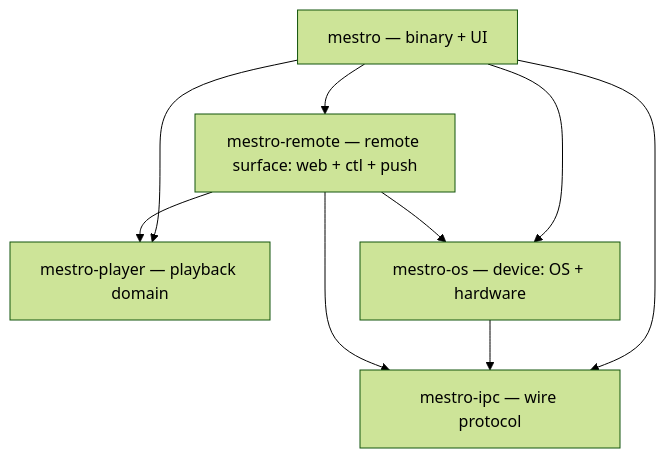
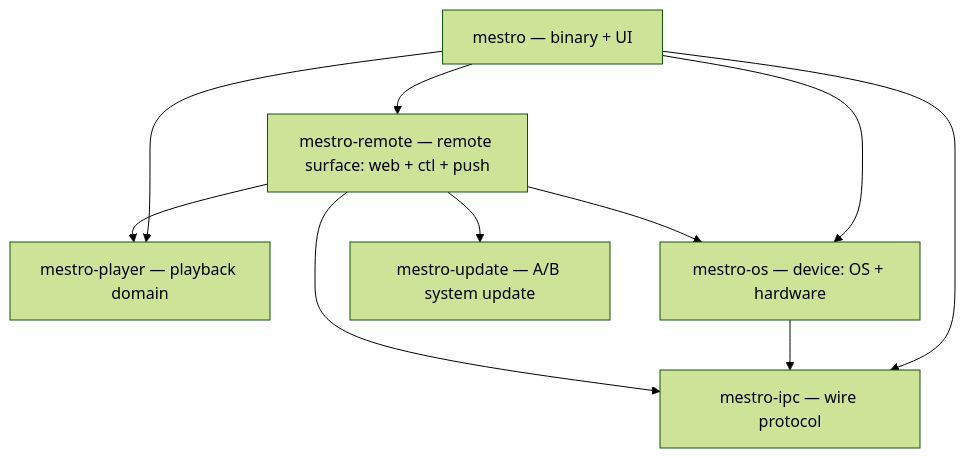
One commit to davidborzek/mestro changed the diagram in docs/architecture.md. Above: the diagram before and after it, drawn with Mermaid (forest theme). The commit also changed other lines of this file and 37 other files, not shown here.

````diff
--- a/docs/architecture.md
+++ b/docs/architecture.md
@@ -37,11 +40,12 @@
 ```mermaid
 graph TD
   mestro["mestro — binary + UI"] --> player["mestro-player — playback domain"]
   mestro --> os["mestro-os — device: OS + hardware"]
   mestro --> ipc["mestro-ipc — wire protocol"]
   mestro --> web["mestro-remote — remote surface: web + ctl + push"]
+  web --> update["mestro-update — A/B system update"]
   os --> ipc
   web --> ipc
   web --> os
   web --> player
 ```
````
